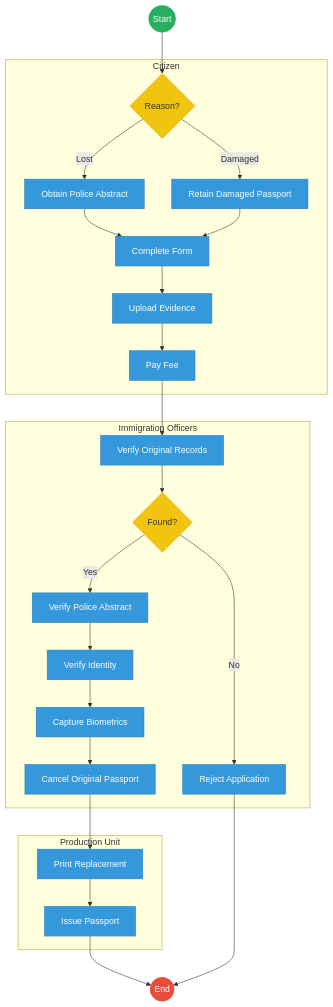
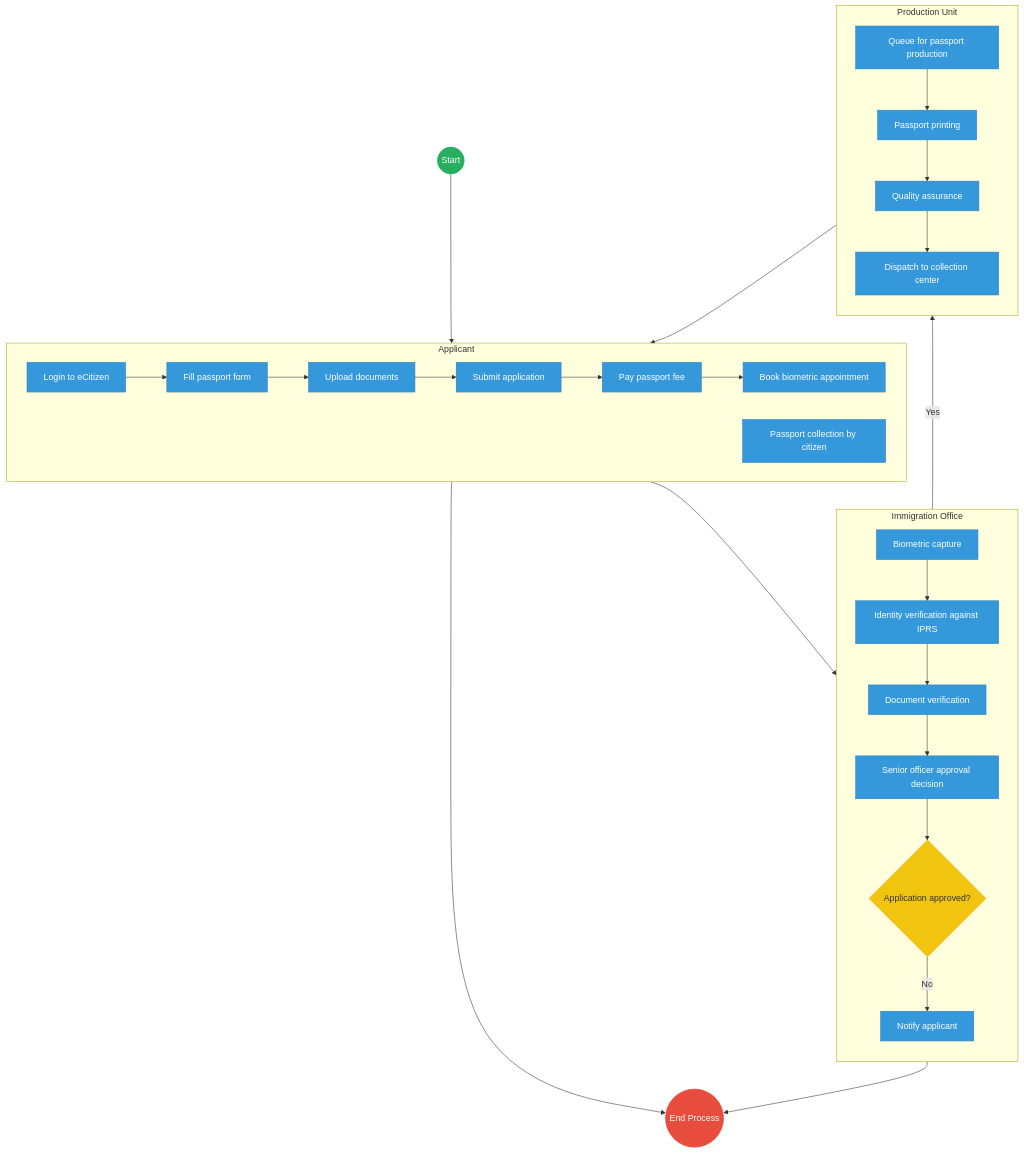
One commit to BITZ-IT-Consulting-LTD/ictapoc changed the first of 2 diagrams in mdas/docs_final/priority_mdas/STATE_DEPARTMENT_FOR_IMMIGRATION_AND_CITIZEN_SERVICES___Passport_Application.md. Above: the diagram before and after it, drawn with Mermaid. The commit also changed other lines of this file and 109 other files, not shown here.

````diff
--- a/mdas/docs_final/priority_mdas/STATE_DEPARTMENT_FOR_IMMIGRATION_AND_CITIZEN_SERVICES___Passport_Application.md
+++ b/mdas/docs_final/priority_mdas/STATE_DEPARTMENT_FOR_IMMIGRATION_AND_CITIZEN_SERVICES___Passport_Application.md
@@ -35,40 +35,71 @@
 ```mermaid
-graph TD
-    Start((Start)) --> Reason{"Reason?"}
+flowchart TD
+    %% Events
+    Start((Start))
+    EndProcess((End Process))
+
+    subgraph Applicant [Applicant]
+        direction LR
+        Login[Login to eCitizen]
+        FillForm[Fill passport form]
+        UploadDocs[Upload documents]
+        SubmitApp[Submit application]
+        PayFee[Pay passport fee]
+        BookAppt[Book biometric appointment]
+        Collect[Passport collection by citizen]
+    end
+
+    subgraph ImmOffice [Immigration Office]
+        direction TB
+        BioCapture[Biometric capture]
+        IdVerify[Identity verification against IPRS]
+        DocVerify[Document verification]
+        Approval[Senior officer approval decision]
+        ApprGateway{Application approved?}
+        NotifyReject[Notify applicant]
+    end
+
+    subgraph ProdUnit [Production Unit]
+        direction TB
+        QueueProd[Queue for passport production]
+        Print[Passport printing]
+        QA[Quality assurance]
+        Dispatch[Dispatch to collection center]
+    end
+
+    %% Flow connections
+    Start --> Login
+    Login --> FillForm
+    FillForm --> UploadDocs
+    UploadDocs --> SubmitApp
+    SubmitApp --> PayFee
+    PayFee --> BookAppt
     
-    subgraph Applicant [Citizen]
-        Reason -- "Lost" --> PoliceAbstract["Obtain Police Abstract"]
-        Reason -- "Damaged" --> RetainPassport["Retain Damaged Passport"]
-        PoliceAbstract --> CompleteForm["Complete Form"]
-        RetainPassport --> CompleteForm
-        CompleteForm --> UploadEvidence["Upload Evidence"]
-        UploadEvidence --> PayFee["Pay Fee"]
-    end
+    BookAppt --> BioCapture
+    BioCapture --> IdVerify
+    IdVerify --> DocVerify
+    DocVerify --> Approval
+    Approval --> ApprGateway
     
-    subgraph Immigration [Immigration Officers]
-        PayFee --> VerifyRecords["Verify Original Records"]
-        VerifyRecords --> Found{"Found?"}
-        Found -- "No" --> Reject["Reject Application"]
-        Found -- "Yes" --> VerifyAbstract["Verify Police Abstract"]
-        VerifyAbstract --> VerifyIdentity["Verify Identity"]
-        VerifyIdentity --> CaptureBiometrics["Capture Biometrics"]
-        CaptureBiometrics --> CancelOriginal["Cancel Original Passport"]
-    end
+    ApprGateway -- "No" --> NotifyReject
+    NotifyReject --> EndProcess
     
-    subgraph Production [Production Unit]
-        CancelOriginal --> PrintReplacement["Print Replacement"]
-        PrintReplacement --> IssuePassport["Issue Passport"]
-    end
+    ApprGateway -- "Yes" --> QueueProd
+    QueueProd --> Print
+    Print --> QA
+    QA --> Dispatch
+    Dispatch --> Collect
+    Collect --> EndProcess
+
+    %% Styling
+    classDef startEvent fill:#27ae60,stroke:#27ae60,color:#fff;
+    classDef endEvent fill:#e74c3c,stroke:#e74c3c,color:#fff;
+    classDef userTask fill:#3498db,stroke:#2980b9,color:#fff;
+    classDef serviceTask fill:#9b59b6,stroke:#8e44ad,color:#fff;
+    classDef gateway fill:#f1c40f,stroke:#f39c12,color:#333;
     
-    IssuePassport --> End((End))
-    Reject --> End
-
-    classDef start fill:#27ae60,stroke:#27ae60,color:#fff;
-    classDef endNode fill:#e74c3c,stroke:#e74c3c,color:#fff;
-    classDef userTask fill:#3498db,stroke:#2980b9,color:#fff;
-    classDef gateway fill:#f1c40f,stroke:#f39c12,color:#333;
-    class Start start;
-    class End endNode;
-    class Reason,Found gateway;
-    class PoliceAbstract,RetainPassport,CompleteForm,UploadEvidence,PayFee,VerifyRecords,VerifyAbstract,VerifyIdentity,CaptureBiometrics,CancelOriginal,PrintReplacement,IssuePassport,Reject userTask;
+    class Start startEvent;
+    class EndProcess endEvent;
+    class ApprGateway gateway;
+    class Login,FillForm,UploadDocs,SubmitApp,PayFee,BookAppt,Collect,BioCapture,IdVerify,DocVerify,Approval,NotifyReject,QueueProd,Print,QA,Dispatch userTask;
 ```
````
